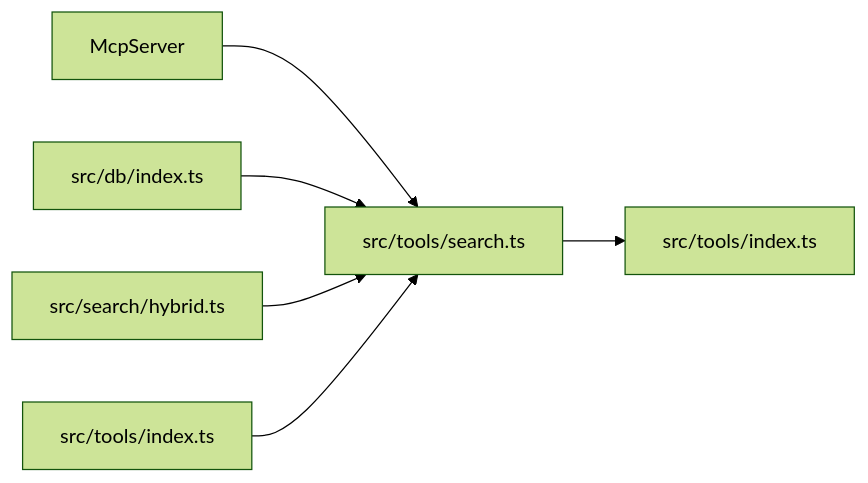
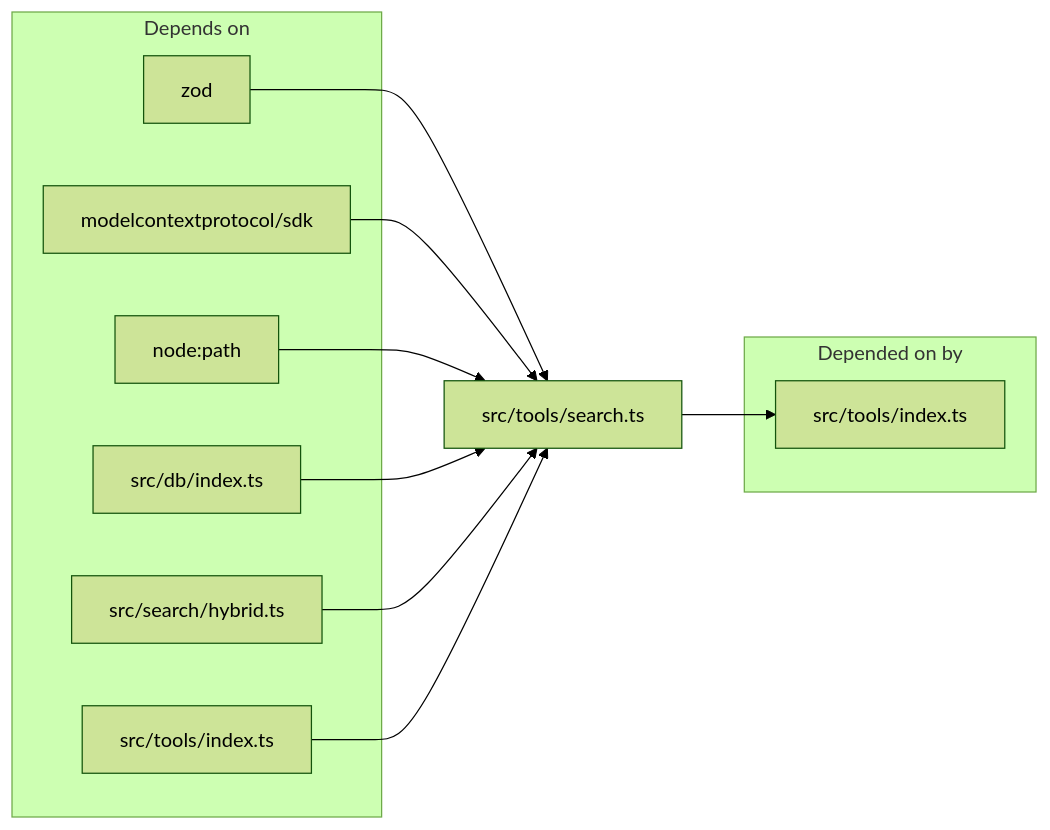
The first of 2 diagrams in wiki/communities/search-tool.md (TheWinci/mimirs), drawn with Mermaid (forest theme) before and after one commit. The commit also changed other lines of this file and 36 other files, not shown here.

````diff
--- a/wiki/communities/search-tool.md
+++ b/wiki/communities/search-tool.md
@@ -11,16 +11,22 @@
 ```mermaid
 flowchart LR
-    dbSrc["src/db/index.ts"]
-    hybridSrc["src/search/hybrid.ts"]
+  subgraph Upstream["Depends on"]
+    zod["zod"]
+    mcpSdk["modelcontextprotocol/sdk"]
+    pathMod["node:path"]
+    db["src/db/index.ts"]
+    hybridMod["src/search/hybrid.ts"]
     toolsIdx["src/tools/index.ts"]
-    mcpSdk["McpServer"]
-
-    searchToolSrc["src/tools/search.ts"]
-
-    mcpSdk --> searchToolSrc
-    dbSrc --> searchToolSrc
-    hybridSrc --> searchToolSrc
-    toolsIdx --> searchToolSrc
-
-    searchToolSrc --> toolsReg["src/tools/index.ts"]
+  end
+  searchTool["src/tools/search.ts"]
+  subgraph Downstream["Depended on by"]
+    toolsRegistry["src/tools/index.ts"]
+  end
+  zod --> searchTool
+  mcpSdk --> searchTool
+  pathMod --> searchTool
+  db --> searchTool
+  hybridMod --> searchTool
+  toolsIdx --> searchTool
+  searchTool --> toolsRegistry
 ```
````
